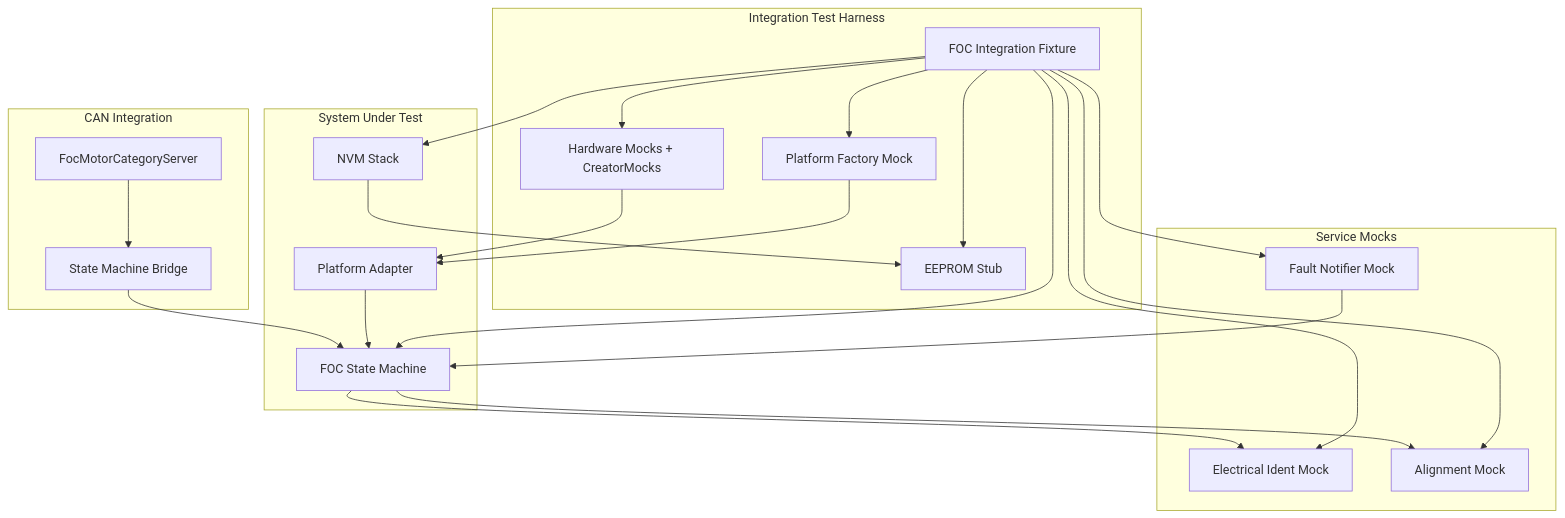
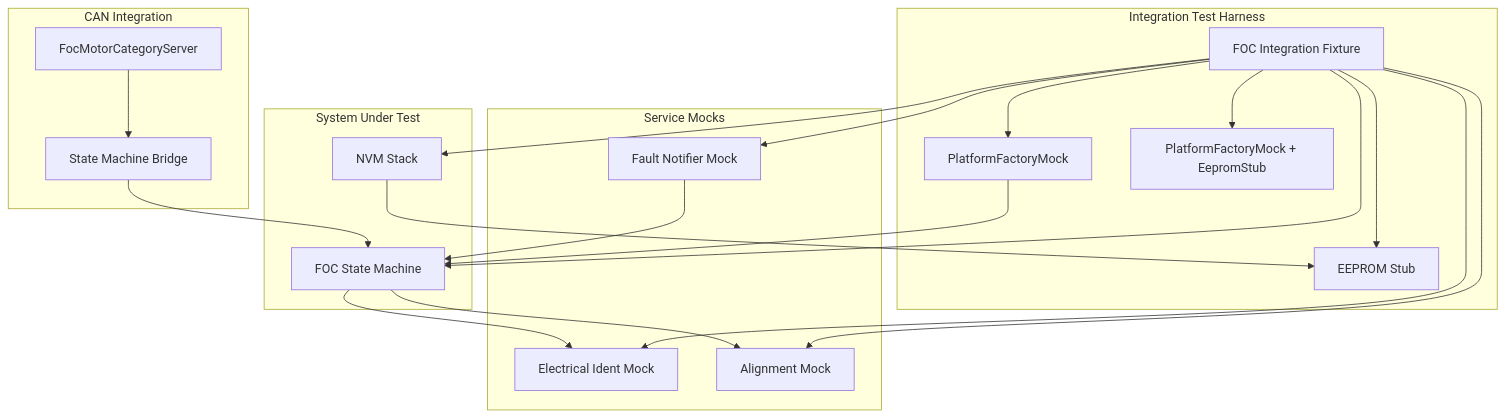
Before and after one commit to embedded-pro/e-foc: the sixth of 6 diagrams in documentation/architecture/system.md, drawn with Mermaid. The commit also changed other lines of this file and 30 other files, not shown here.

````diff
--- a/documentation/architecture/system.md
+++ b/documentation/architecture/system.md
@@ -350,46 +350,43 @@
 ```mermaid
 graph TD
     subgraph "Integration Test Harness"
         FIF[FOC Integration Fixture]
-        PFM[Platform Factory Mock]
-        HWM[Hardware Mocks + CreatorMocks]
+        PFM[PlatformFactoryMock]
+        HWM[PlatformFactoryMock + EepromStub]
         EES[EEPROM Stub]
     end
 
     subgraph "System Under Test"
-        PA[Platform Adapter]
         SM[FOC State Machine]
         NVM[NVM Stack]
     end
 
     subgraph "Service Mocks"
         EIM[Electrical Ident Mock]
         AMK[Alignment Mock]
         FNM[Fault Notifier Mock]
     end
 
     subgraph "CAN Integration"
         MCS[FocMotorCategoryServer]
         BRG[State Machine Bridge]
     end
 
     FIF --> PFM
     FIF --> HWM
     FIF --> EES
     FIF --> SM
     FIF --> NVM
     FIF --> EIM
     FIF --> AMK
     FIF --> FNM
 
-    PFM --> PA
-    HWM --> PA
-    PA --> SM
+    PFM --> SM
     NVM --> EES
     SM --> EIM
     SM --> AMK
     FNM --> SM
 
     MCS --> BRG
     BRG --> SM
 ```
````
